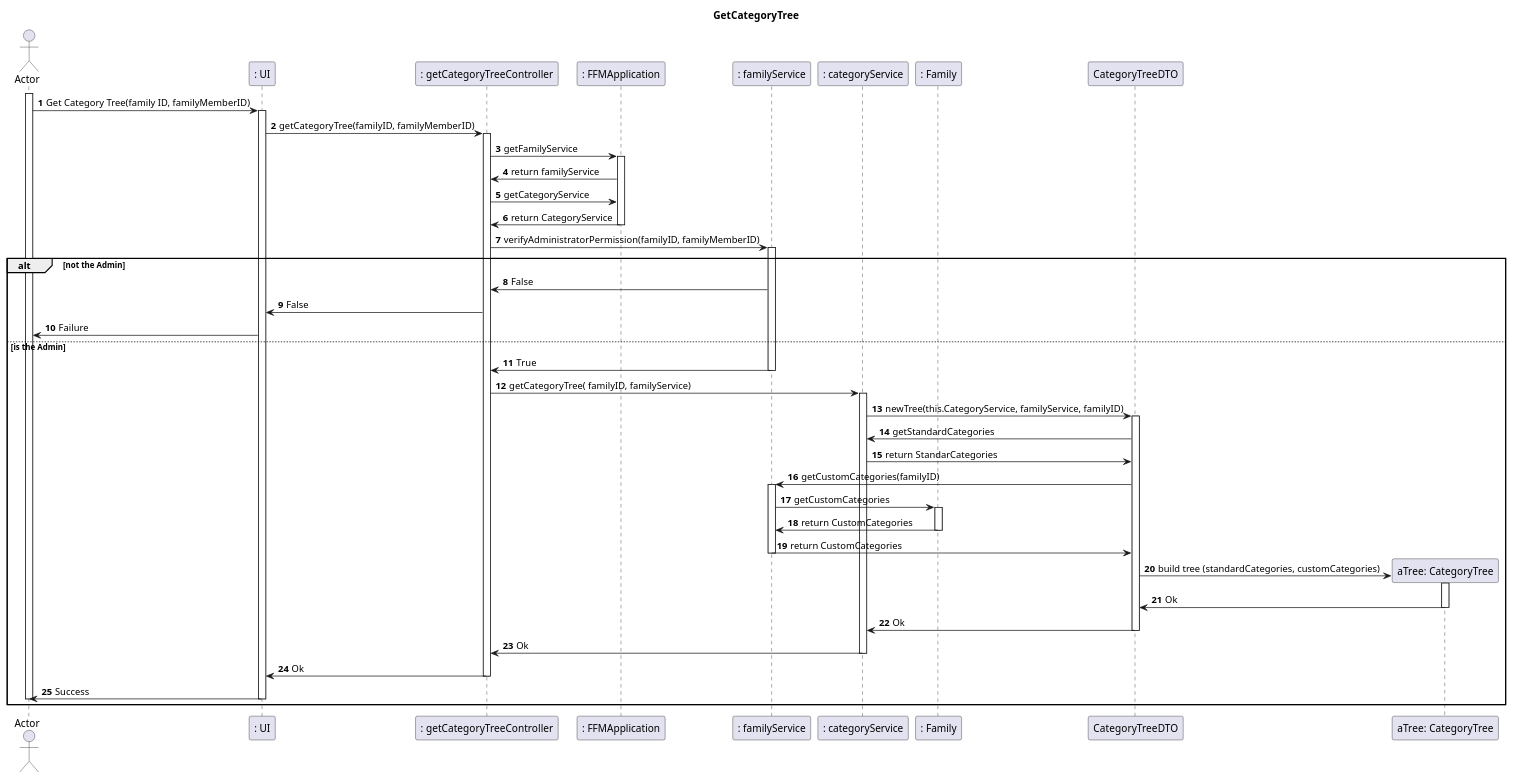
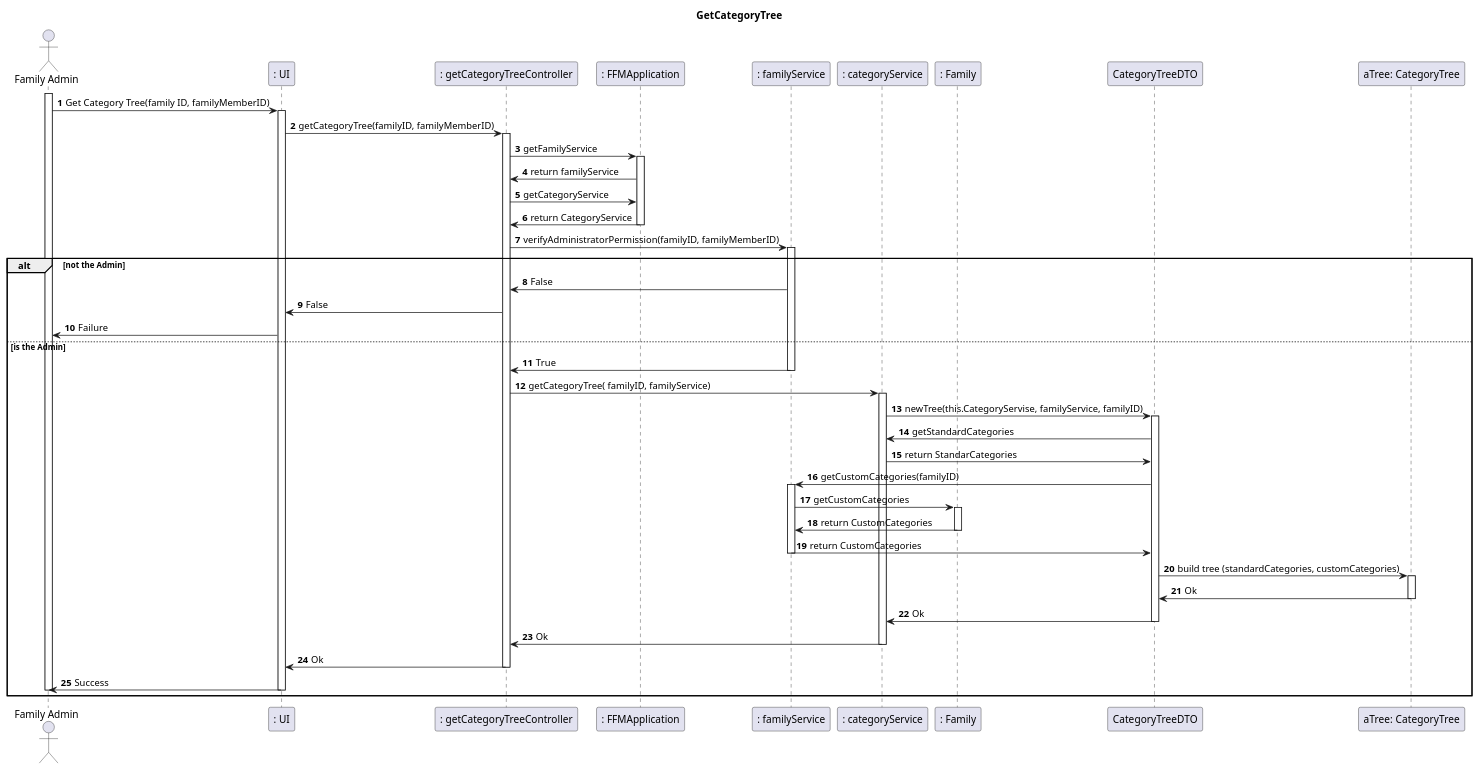
The diagram in docs/sprint1/user_stories/US110_GetCategoryTree.md (tomas-osswald/switch_2020_g3), drawn with PlantUML before and after one commit. The commit also changed other lines of this file and 23 other files, not shown here.

Commit message:
Change documentation structure. Add markdown files for different diagrams.

`````diff
--- a/docs/sprint1/user_stories/US110_GetCategoryTree.md
+++ b/docs/sprint1/user_stories/US110_GetCategoryTree.md
@@ -36,68 +36,68 @@
 ````puml
 @startuml
 autonumber
 title GetCategoryTree
-actor "Actor" as actor
+actor "Family Admin" as actor
 participant ": UI" as UI
 participant ": getCategoryTreeController" as controller
 participant ": FFMApplication" as application
 participant ": familyService" as famservice
 participant ": categoryService" as catservice
 participant ": Family" as family
 participant "CategoryTreeDTO" as tree
 participant "aTree: CategoryTree" as atree
 
 activate actor
 actor -> UI: Get Category Tree(family ID, familyMemberID)
 activate UI
 UI -> controller: getCategoryTree(familyID, familyMemberID)
 activate controller
 controller -> application: getFamilyService
 activate application
 application -> controller: return familyService
 controller -> application: getCategoryService
 application -> controller: return CategoryService
 deactivate application
 controller -> famservice: verifyAdministratorPermission(familyID, familyMemberID)
 activate famservice
 
 alt not the Admin
     
     famservice -> controller: False
     controller-> UI: False
     UI-> actor: Failure
 
 else is the Admin    
     
     famservice -> controller: True
     deactivate famservice
     controller -> catservice: getCategoryTree( familyID, familyService)
     activate catservice
-    catservice -> tree: newTree(this.CategoryService, familyService, familyID)
+    catservice -> tree: newTree(this.CategoryServise, familyService, familyID)
     activate tree
     tree -> catservice: getStandardCategories
     catservice->tree: return StandarCategories
     tree-> famservice: getCustomCategories(familyID)
     activate famservice
     famservice -> family: getCustomCategories
     activate family
     family->famservice: return CustomCategories
     deactivate family
     famservice ->tree: return CustomCategories
     deactivate famservice
-    tree->atree**: build tree (standardCategories, customCategories)
+    tree->atree: build tree (standardCategories, customCategories)
     activate atree
     atree->tree: Ok
     deactivate atree
     tree->catservice:Ok
     deactivate tree
     catservice->controller:Ok
     deactivate catservice
     controller->UI: Ok
     deactivate controller
     UI->actor: Success
     deactivate UI
     deactivate actor
     end
 @enduml
 ````
`````
